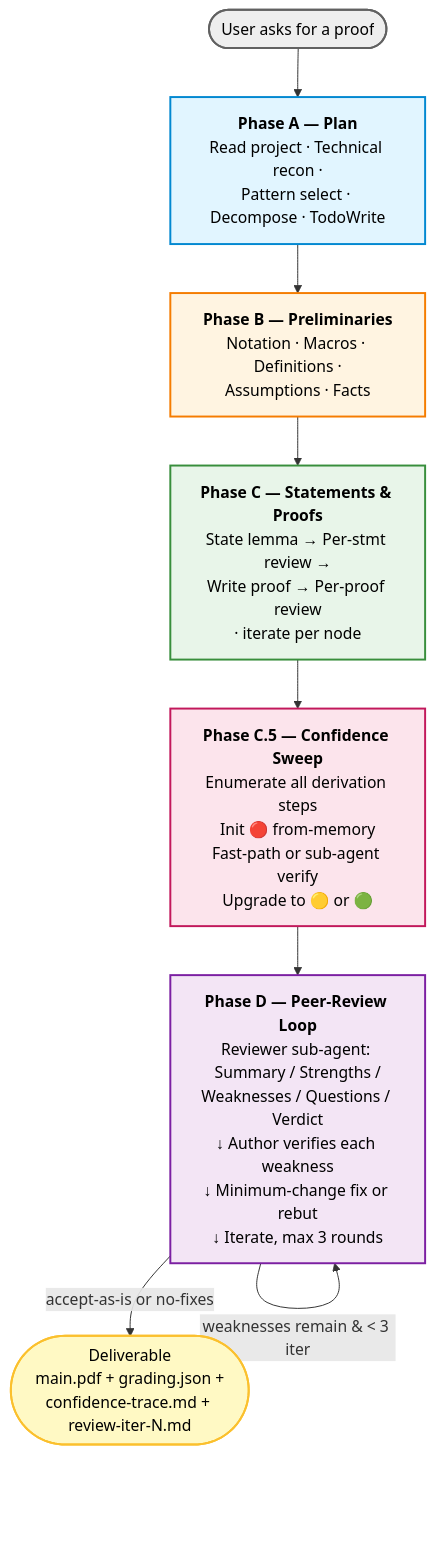
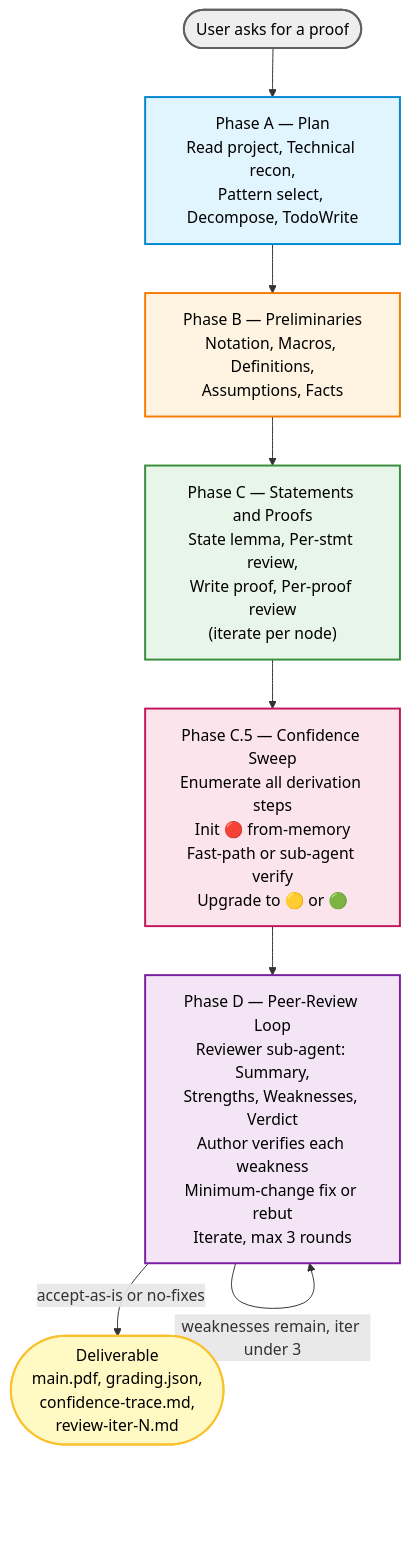
One commit to ChristianYang37/DLT-Proof-Writing-Skill changed the first of 2 diagrams in README.md. Above: the diagram before and after it, drawn with Mermaid. The commit also changed other lines of this file and 1 other file, not shown here.

First line of the commit message:
Fix Mermaid rendering on GitHub: quote labels, drop <b>, replace bare &

````diff
--- a/README.md
+++ b/README.md
@@ -44,19 +44,19 @@
 ```mermaid
 flowchart TD
-    Start([User asks for a proof]) --> A
-    A[<b>Phase A — Plan</b><br/>Read project · Technical recon ·<br/>Pattern select · Decompose · TodoWrite] --> B
-    B[<b>Phase B — Preliminaries</b><br/>Notation · Macros · Definitions ·<br/>Assumptions · Facts] --> C
-    C[<b>Phase C — Statements & Proofs</b><br/>State lemma → Per-stmt review →<br/>Write proof → Per-proof review<br/>· iterate per node] --> CC
-    CC[<b>Phase C.5 — Confidence Sweep</b><br/>Enumerate all derivation steps<br/>Init 🔴 from-memory<br/>Fast-path or sub-agent verify<br/>Upgrade to 🟡 or 🟢] --> D
-    D[<b>Phase D — Peer-Review Loop</b><br/>Reviewer sub-agent: Summary / Strengths /<br/>Weaknesses / Questions / Verdict<br/>↓ Author verifies each weakness<br/>↓ Minimum-change fix or rebut<br/>↓ Iterate, max 3 rounds]
-    D -->|accept-as-is or no-fixes| Out([Deliverable<br/>main.pdf + grading.json +<br/>confidence-trace.md + review-iter-N.md])
-    D -->|weaknesses remain & < 3 iter| D
+    Start(["User asks for a proof"]) --> A
+    A["Phase A — Plan<br/>Read project, Technical recon,<br/>Pattern select, Decompose, TodoWrite"] --> B
+    B["Phase B — Preliminaries<br/>Notation, Macros, Definitions,<br/>Assumptions, Facts"] --> C
+    C["Phase C — Statements and Proofs<br/>State lemma, Per-stmt review,<br/>Write proof, Per-proof review<br/>(iterate per node)"] --> CC
+    CC["Phase C.5 — Confidence Sweep<br/>Enumerate all derivation steps<br/>Init 🔴 from-memory<br/>Fast-path or sub-agent verify<br/>Upgrade to 🟡 or 🟢"] --> D
+    D["Phase D — Peer-Review Loop<br/>Reviewer sub-agent: Summary,<br/>Strengths, Weaknesses, Verdict<br/>Author verifies each weakness<br/>Minimum-change fix or rebut<br/>Iterate, max 3 rounds"]
+    D -->|"accept-as-is or no-fixes"| Out(["Deliverable<br/>main.pdf, grading.json,<br/>confidence-trace.md,<br/>review-iter-N.md"])
+    D -->|"weaknesses remain, iter under 3"| D
 
     style A fill:#e1f5ff,stroke:#0288d1,stroke-width:2px,color:#000
     style B fill:#fff4e1,stroke:#f57c00,stroke-width:2px,color:#000
     style C fill:#e8f5e9,stroke:#388e3c,stroke-width:2px,color:#000
     style CC fill:#fce4ec,stroke:#c2185b,stroke-width:2px,color:#000
     style D fill:#f3e5f5,stroke:#7b1fa2,stroke-width:2px,color:#000
     style Out fill:#fff9c4,stroke:#fbc02d,stroke-width:2px,color:#000
     style Start fill:#eeeeee,stroke:#616161,stroke-width:2px,color:#000
 ```
````
